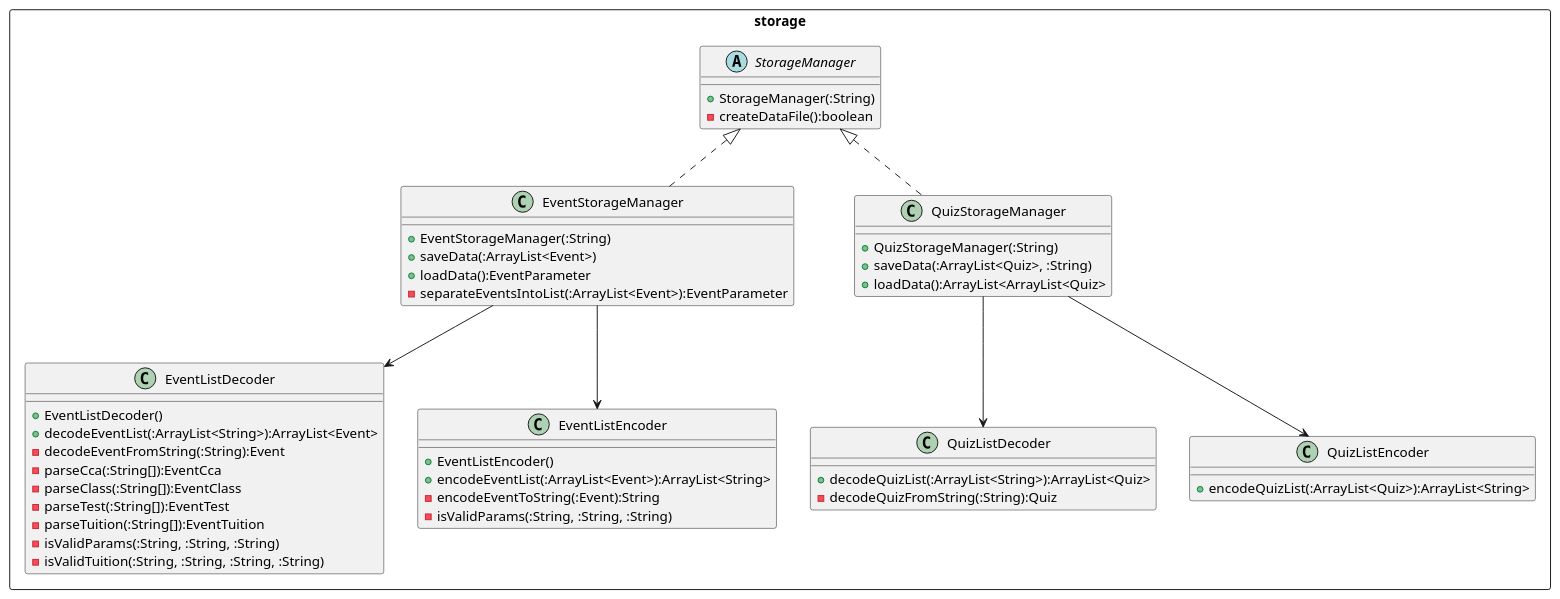
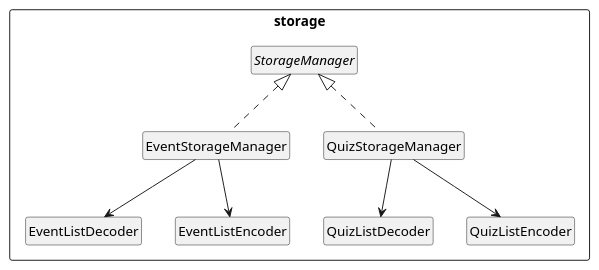
The diagram in docs/design/StorageComponent.puml (untitle4/tp), drawn with PlantUML before and after one commit.

```diff
--- a/docs/design/StorageComponent.puml
+++ b/docs/design/StorageComponent.puml
@@ -1,59 +1,62 @@
 @startuml
 
 package storage <<rectangle>> {
     abstract class StorageManager {
         + StorageManager(:String)
         - createDataFile():boolean
     }
 
     class EventStorageManager implements StorageManager {
         + EventStorageManager(:String)
         + saveData(:ArrayList<Event>)
         + loadData():EventParameter
         - separateEventsIntoList(:ArrayList<Event>):EventParameter
     }
 
     class EventListDecoder {
         + EventListDecoder()
         + decodeEventList(:ArrayList<String>):ArrayList<Event>
         - decodeEventFromString(:String):Event
         - parseCca(:String[]):EventCca
         - parseClass(:String[]):EventClass
         - parseTest(:String[]):EventTest
         - parseTuition(:String[]):EventTuition
         - isValidParams(:String, :String, :String)
         - isValidTuition(:String, :String, :String, :String)
     }
 
     class EventListEncoder {
         + EventListEncoder()
         + encodeEventList(:ArrayList<Event>):ArrayList<String>
         - encodeEventToString(:Event):String
         - isValidParams(:String, :String, :String)
     }
 
     EventStorageManager --> EventListDecoder
     EventStorageManager --> EventListEncoder
 
 
     class QuizStorageManager implements StorageManager {
         + QuizStorageManager(:String)
         + saveData(:ArrayList<Quiz>, :String)
         + loadData():ArrayList<ArrayList<Quiz>
     }
 
     class QuizListDecoder {
         + decodeQuizList(:ArrayList<String>):ArrayList<Quiz>
         - decodeQuizFromString(:String):Quiz
     }
 
     class QuizListEncoder {
         + encodeQuizList(:ArrayList<Quiz>):ArrayList<String>
     }
 
     QuizStorageManager --> QuizListDecoder
     QuizStorageManager --> QuizListEncoder
 
 }
 
+hide circle
+hide members
+
 @enduml
```
